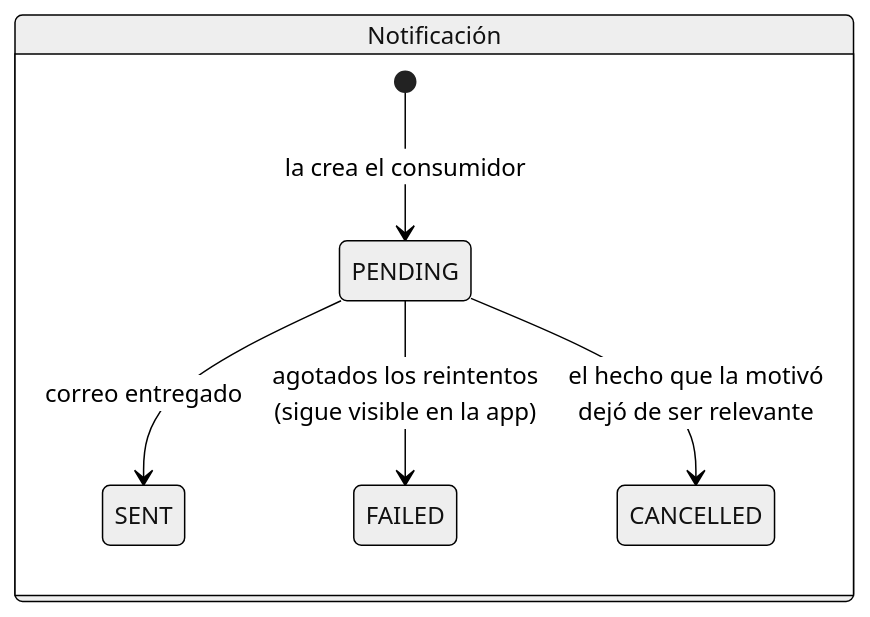
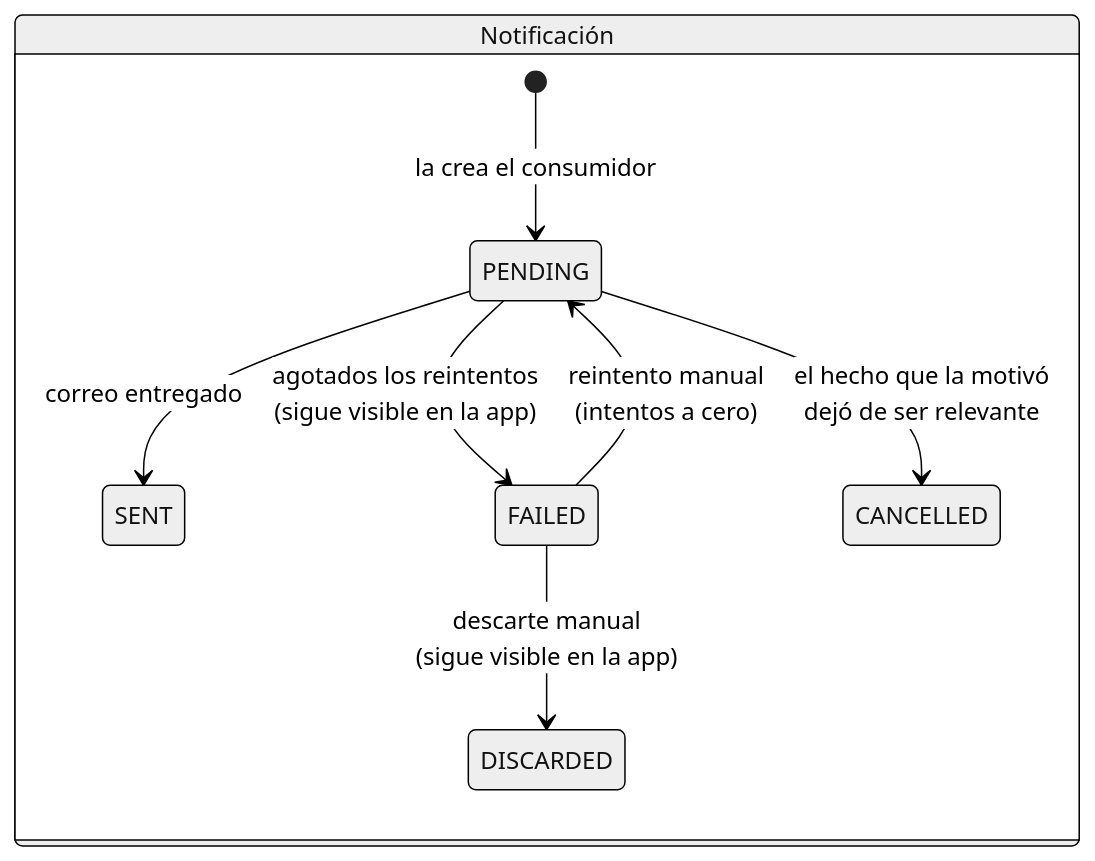
The fourth of 4 diagrams in docs/procesos/notificaciones-y-outbox.md (marc-mainpro/timetracking), drawn with Mermaid (neutral theme) before and after one commit. The commit also changed other lines of this file and 47 other files, not shown here.

````diff
--- a/docs/procesos/notificaciones-y-outbox.md
+++ b/docs/procesos/notificaciones-y-outbox.md
@@ -138,9 +140,11 @@
 ```mermaid
 stateDiagram-v2
     state "Notificación" as notif {
         [*] --> PENDING: la crea el consumidor
         PENDING --> SENT: correo entregado
         PENDING --> FAILED: agotados los reintentos<br/>(sigue visible en la app)
         PENDING --> CANCELLED: el hecho que la motivó<br/>dejó de ser relevante
+        FAILED --> PENDING: reintento manual<br/>(intentos a cero)
+        FAILED --> DISCARDED: descarte manual<br/>(sigue visible en la app)
     }
 ```
````
